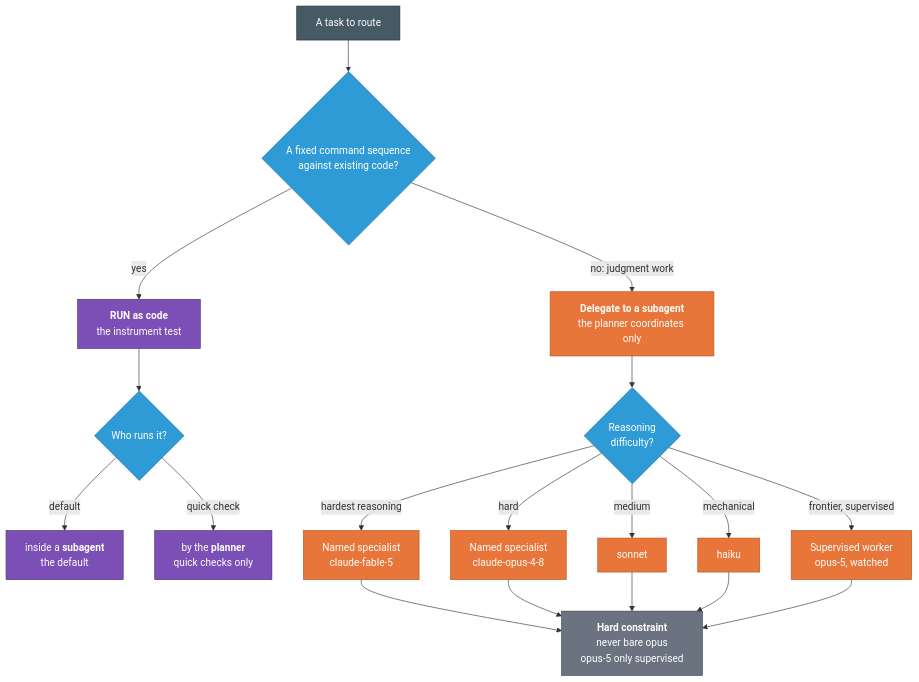
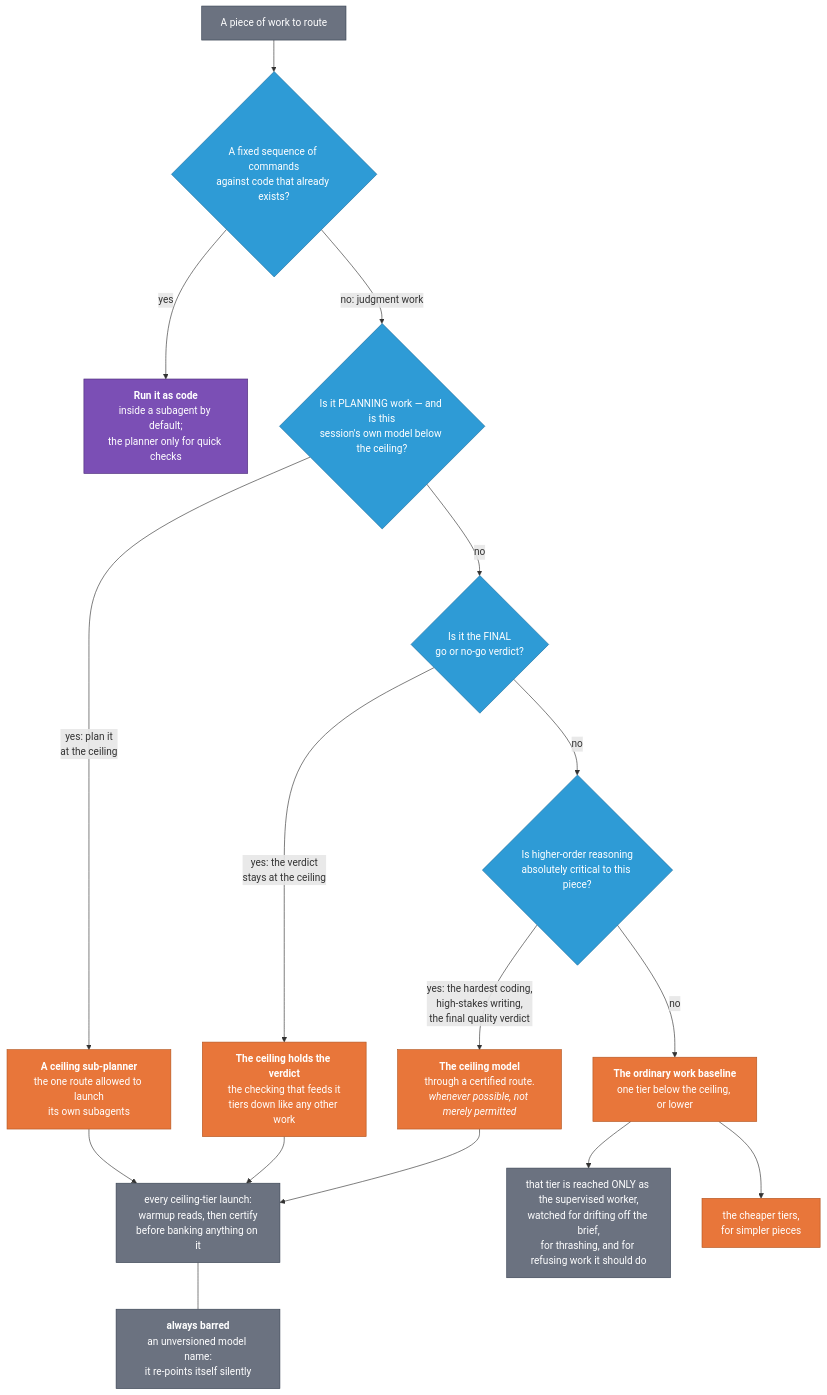
Before and after one commit to forest-microclimate/CC-CS-Research-Toolkits: the fourth of 4 diagrams in Documentation/human_md/WORKFLOW_GUIDE.md, drawn with Mermaid. The commit also changed other lines of this file and 107 other files, not shown here.

````diff
--- a/Documentation/human_md/WORKFLOW_GUIDE.md
+++ b/Documentation/human_md/WORKFLOW_GUIDE.md
@@ -316,44 +430,40 @@
 ```mermaid
 flowchart TD
-    START["A task to route"]
-    QCODE{"A fixed command sequence<br/>against existing code?"}
-    RUNCODE["<b>RUN as code</b><br/>the instrument test"]
-    QWHO{"Who runs it?"}
-    BYSUB["inside a <b>subagent</b><br/>the default"]
-    BYPLAN["by the <b>planner</b><br/>quick checks only"]
-    DELEGATE["<b>Delegate to a subagent</b><br/>the planner coordinates only"]
-    QTIER{"Reasoning<br/>difficulty?"}
-    TTOP["Named specialist<br/>claude-fable-5"]
-    THARD["Named specialist<br/>claude-opus-4-8"]
-    TMED["sonnet"]
-    TMECH["haiku"]
-    TSUP["Supervised worker<br/>opus-5, watched"]
-    FLOOR["<b>Hard constraint</b><br/>never bare opus<br/>opus-5 only supervised"]
-    START --> QCODE
-    QCODE -->|"yes"| RUNCODE
-    RUNCODE --> QWHO
-    QWHO -->|"default"| BYSUB
-    QWHO -->|"quick check"| BYPLAN
-    QCODE -->|"no: judgment work"| DELEGATE
-    DELEGATE --> QTIER
-    QTIER -->|"hardest reasoning"| TTOP
-    QTIER -->|"hard"| THARD
-    QTIER -->|"medium"| TMED
-    QTIER -->|"mechanical"| TMECH
-    QTIER -->|"frontier, supervised"| TSUP
-    TTOP --> FLOOR
-    THARD --> FLOOR
-    TMED --> FLOOR
-    TMECH --> FLOOR
-    TSUP --> FLOOR
-    classDef start fill:#455A64,stroke:#263238,color:#ffffff
+    T["A piece of work to route"]
+    QC{"A fixed sequence of commands<br/>against code that already exists?"}
+    CODE["<b>Run it as code</b><br/>inside a subagent by default;<br/>the planner only for quick checks"]
+    QP{"Is it PLANNING work — and is this<br/>session's own model below the ceiling?"}
+    SUBP["<b>A ceiling sub-planner</b><br/>the one route allowed to launch<br/>its own subagents"]
+    QV{"Is it the FINAL<br/>go or no-go verdict?"}
+    CEIL["<b>The ceiling holds the verdict</b><br/>the checking that feeds it<br/>tiers down like any other work"]
+    QCLASS{"Is higher-order reasoning<br/>absolutely critical to this piece?"}
+    FAB["<b>The ceiling model</b><br/>through a certified route.<br/><i>whenever possible, not merely permitted</i>"]
+    BASE["<b>The ordinary work baseline</b><br/>one tier below the ceiling, or lower"]
+    SUP["that tier is reached ONLY as the supervised worker,<br/>watched for drifting off the brief,<br/>for thrashing, and for refusing work it should do"]
+    LOW["the cheaper tiers,<br/>for simpler pieces"]
+    VL["every ceiling-tier launch:<br/>warmup reads, then certify<br/>before banking anything on it"]
+    BAR["<b>always barred</b><br/>an unversioned model name:<br/>it re-points itself silently"]
+    T --> QC
+    QC -->|"yes"| CODE
+    QC -->|"no: judgment work"| QP
+    QP -->|"yes: plan it<br/>at the ceiling"| SUBP
+    QP -->|"no"| QV
+    QV -->|"yes: the verdict<br/>stays at the ceiling"| CEIL
+    QV -->|"no"| QCLASS
+    QCLASS -->|"yes: the hardest coding,<br/>high-stakes writing,<br/>the final quality verdict"| FAB
+    QCLASS -->|"no"| BASE
+    BASE --> SUP
+    BASE --> LOW
+    SUBP --> VL
+    CEIL --> VL
+    FAB --> VL
+    VL --- BAR
     classDef q fill:#2E9BD6,stroke:#1C6FA0,color:#ffffff
+    classDef act fill:#E8763A,stroke:#B4551F,color:#ffffff
     classDef code fill:#7B4FB5,stroke:#4E2E7A,color:#ffffff
-    classDef act fill:#E8763A,stroke:#B4551F,color:#ffffff
     classDef con fill:#6B7280,stroke:#374151,color:#ffffff
-    class START start
-    class QCODE,QTIER,QWHO q
-    class RUNCODE,BYSUB,BYPLAN code
-    class DELEGATE,TTOP,THARD,TMED,TMECH,TSUP act
-    class FLOOR con
+    class QC,QP,QV,QCLASS q
+    class SUBP,CEIL,FAB,BASE,LOW act
+    class CODE code
+    class T,SUP,VL,BAR con
 ```
````
